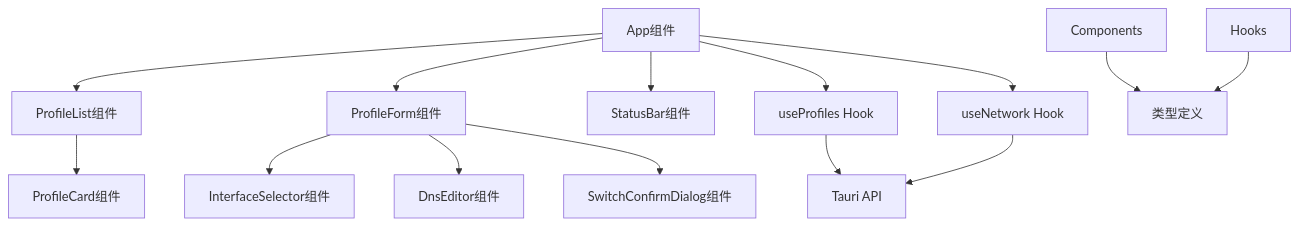
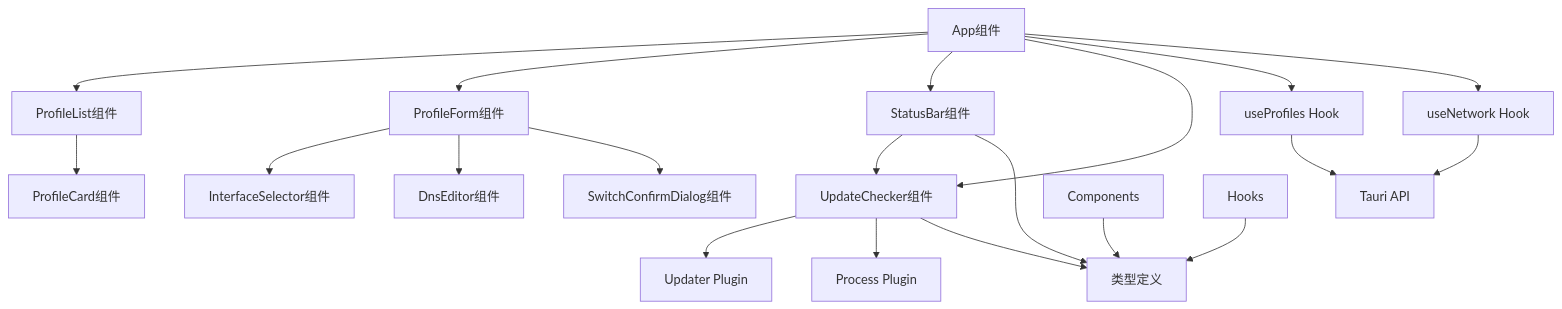
One commit to xdongliang/IPSwitcher changed diagram 19 of 19 in .qoder/repowiki/zh/content/前端开发指南/React组件架构.md. Above: the diagram before and after it, drawn with Mermaid. The commit also changed other lines of this file and 7 other files, not shown here.

````diff
--- a/.qoder/repowiki/zh/content/前端开发指南/React组件架构.md
+++ b/.qoder/repowiki/zh/content/前端开发指南/React组件架构.md
@@ -668,16 +900,22 @@
 ```mermaid
 graph TD
 App[App组件] --> ProfileList[ProfileList组件]
 App --> ProfileForm[ProfileForm组件]
 App --> StatusBar[StatusBar组件]
+App --> UpdateChecker[UpdateChecker组件]
 ProfileList --> ProfileCard[ProfileCard组件]
 ProfileForm --> InterfaceSelector[InterfaceSelector组件]
 ProfileForm --> DnsEditor[DnsEditor组件]
 ProfileForm --> SwitchConfirmDialog[SwitchConfirmDialog组件]
+StatusBar --> UpdateChecker
 useProfiles[useProfiles Hook] --> TauriAPI[Tauri API]
 useNetwork[useNetwork Hook] --> TauriAPI
+UpdateChecker --> UpdaterPlugin[Updater Plugin]
+UpdateChecker --> ProcessPlugin[Process Plugin]
 App --> useProfiles
 App --> useNetwork
 Components --> Types[类型定义]
 Hooks --> Types
+UpdateChecker --> Types
+StatusBar --> Types
 ```
````
